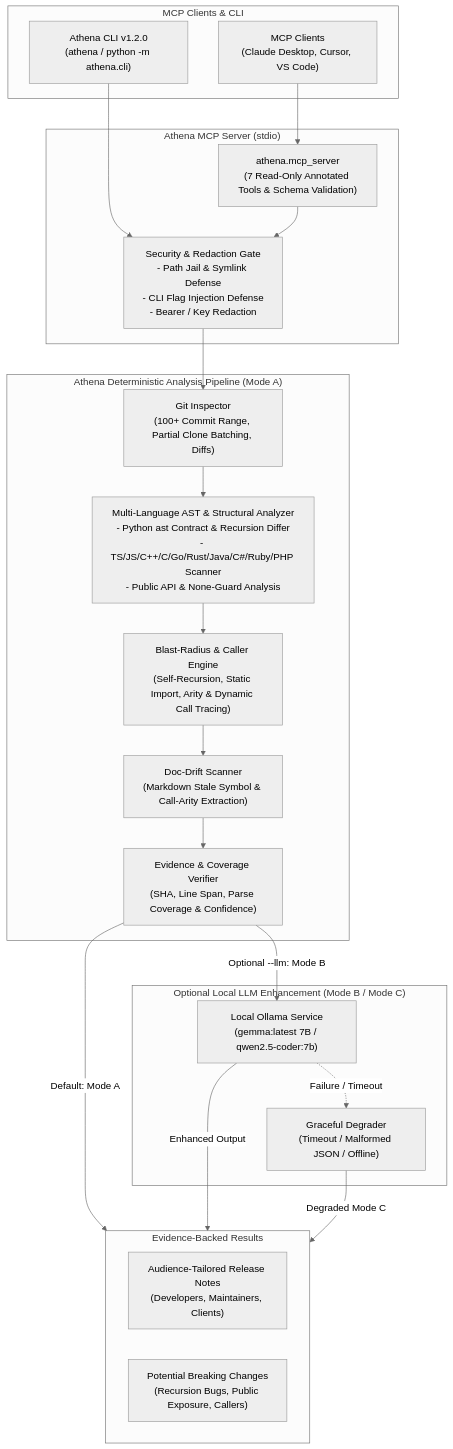
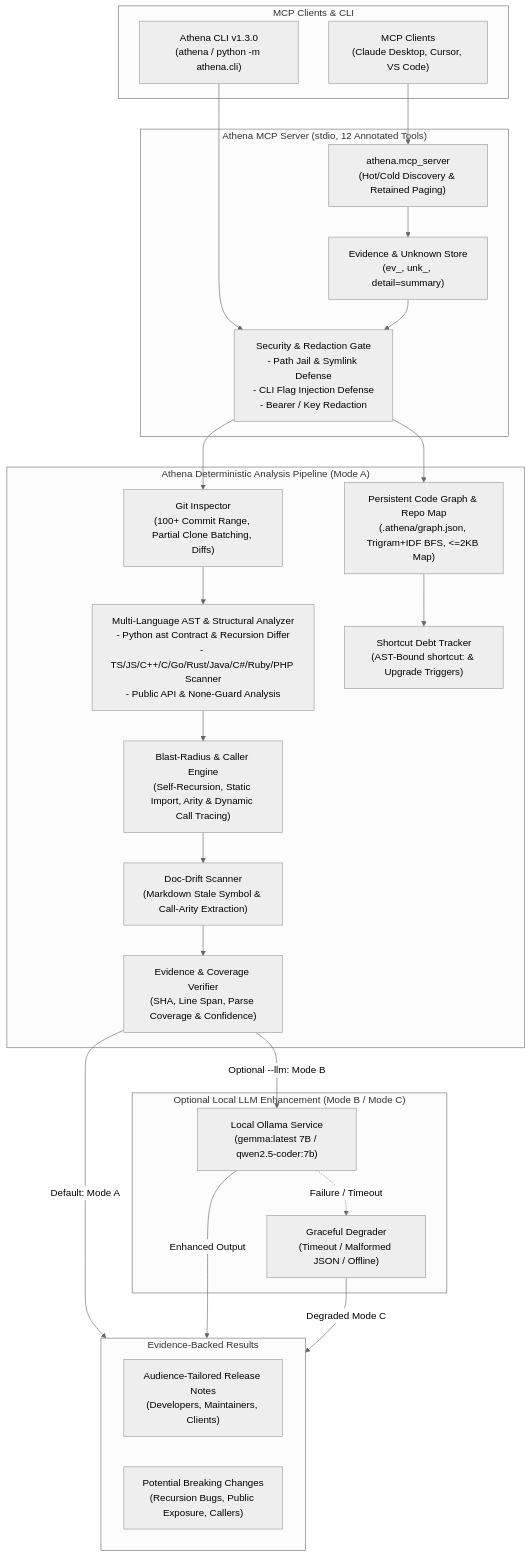
The diagram in README.md (aaryanrwt/athena), drawn with Mermaid (neutral theme) before and after one commit. The commit also changed other lines of this file and 17 other files, not shown here.

Commit message:
feat(v1.3.0): persistent code graph, repo map, shortcut debt ledger, retained evidence & cross-agent installer

````diff
--- a/README.md
+++ b/README.md
@@ -114,45 +164,51 @@
 ```mermaid
 flowchart TD
     subgraph Client["MCP Clients & CLI"]
-        CLI["Athena CLI v1.2.0\n(athena / python -m athena.cli)"]
+        CLI["Athena CLI v1.3.0\n(athena / python -m athena.cli)"]
         IDE["MCP Clients\n(Claude Desktop, Cursor, VS Code)"]
     end
 
-    subgraph Server["Athena MCP Server (stdio)"]
-        MCP["athena.mcp_server\n(7 Read-Only Annotated Tools & Schema Validation)"]
+    subgraph Server["Athena MCP Server (stdio, 12 Annotated Tools)"]
+        MCP["athena.mcp_server\n(Hot/Cold Discovery & Retained Paging)"]
+        EVSTORE["Evidence & Unknown Store\n(ev_<sha256>, unk_<sha256>, detail=summary)"]
         SEC["Security & Redaction Gate\n- Path Jail & Symlink Defense\n- CLI Flag Injection Defense\n- Bearer / Key Redaction"]
     end
 
     subgraph Pipeline["Athena Deterministic Analysis Pipeline (Mode A)"]
         GIT["Git Inspector\n(100+ Commit Range, Partial Clone Batching, Diffs)"]
         AST["Multi-Language AST & Structural Analyzer\n- Python ast Contract & Recursion Differ\n- TS/JS/C++/C/Go/Rust/Java/C#/Ruby/PHP Scanner\n- Public API & None-Guard Analysis"]
+        GRAPH["Persistent Code Graph & Repo Map\n(.athena/graph.json, Trigram+IDF BFS, <=2KB Map)"]
+        DEBT["Shortcut Debt Tracker\n(AST-Bound shortcut: & Upgrade Triggers)"]
         BLAST["Blast-Radius & Caller Engine\n(Self-Recursion, Static Import, Arity & Dynamic Call Tracing)"]
         DRIFT["Doc-Drift Scanner\n(Markdown Stale Symbol & Call-Arity Extraction)"]
         VERIFY["Evidence & Coverage Verifier\n(SHA, Line Span, Parse Coverage & Confidence)"]
     end
 
     subgraph OptionalAI["Optional Local LLM Enhancement (Mode B / Mode C)"]
         OLLAMA["Local Ollama Service\n(gemma:latest 7B / qwen2.5-coder:7b)"]
         FALLBACK["Graceful Degrader\n(Timeout / Malformed JSON / Offline)"]
     end
 
     subgraph Output["Evidence-Backed Results"]
         REPORT["Audience-Tailored Release Notes\n(Developers, Maintainers, Clients)"]
         BREAK["Potential Breaking Changes\n(Recursion Bugs, Public Exposure, Callers)"]
     end
 
     CLI --> SEC
     IDE --> MCP
-    MCP --> SEC
+    MCP --> EVSTORE
+    EVSTORE --> SEC
     SEC --> GIT
+    SEC --> GRAPH
+    GRAPH --> DEBT
     GIT --> AST
     AST --> BLAST
     BLAST --> DRIFT
     DRIFT --> VERIFY
 
     VERIFY -->|Default: Mode A| Output
     VERIFY -->|Optional --llm: Mode B| OLLAMA
     OLLAMA -->|Enhanced Output| Output
     OLLAMA -.->|Failure / Timeout| FALLBACK
     FALLBACK -->|Degraded Mode C| Output
 ```
````
